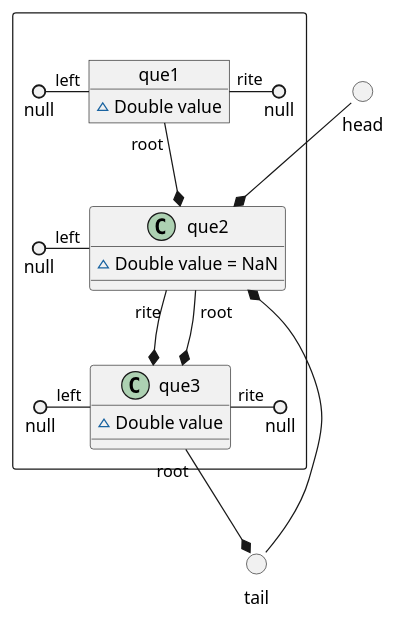
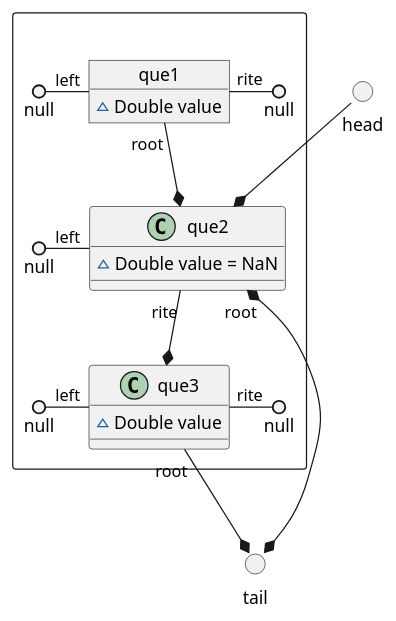
One commit to vitalispopoff/calculator changed the diagram in src/docs/UML/reorderScheme/_04_queue.puml. Above: the diagram before and after it, drawn with PlantUML. The commit also changed 11 other files, not shown here.

```diff
--- a/src/docs/UML/reorderScheme/_04_queue.puml
+++ b/src/docs/UML/reorderScheme/_04_queue.puml
@@ -1,33 +1,33 @@
 @startuml
 
 () head
 () tail
 
 package " " <<Rectangle>>{
 
          head --* que2
 
     object que1{
         ~ Double value
     }
     null ()- "left" que1
         que1 "rite" -() null
         que1 "root" --* que2
 
     object que2{
         ~ Double value = NaN
     }
         null ()- "left" que2
         que2 "rite" --* que3
-        que2 "root" --* que3
-        que2 *-- tail
+
+        que2 "root" *--* tail
 
     object que3{
         ~ Double value
     }
         null ()- "left" que3
         que3 "rite" -() null
         que3 "root" --* tail
 }
 
 @enduml
```
